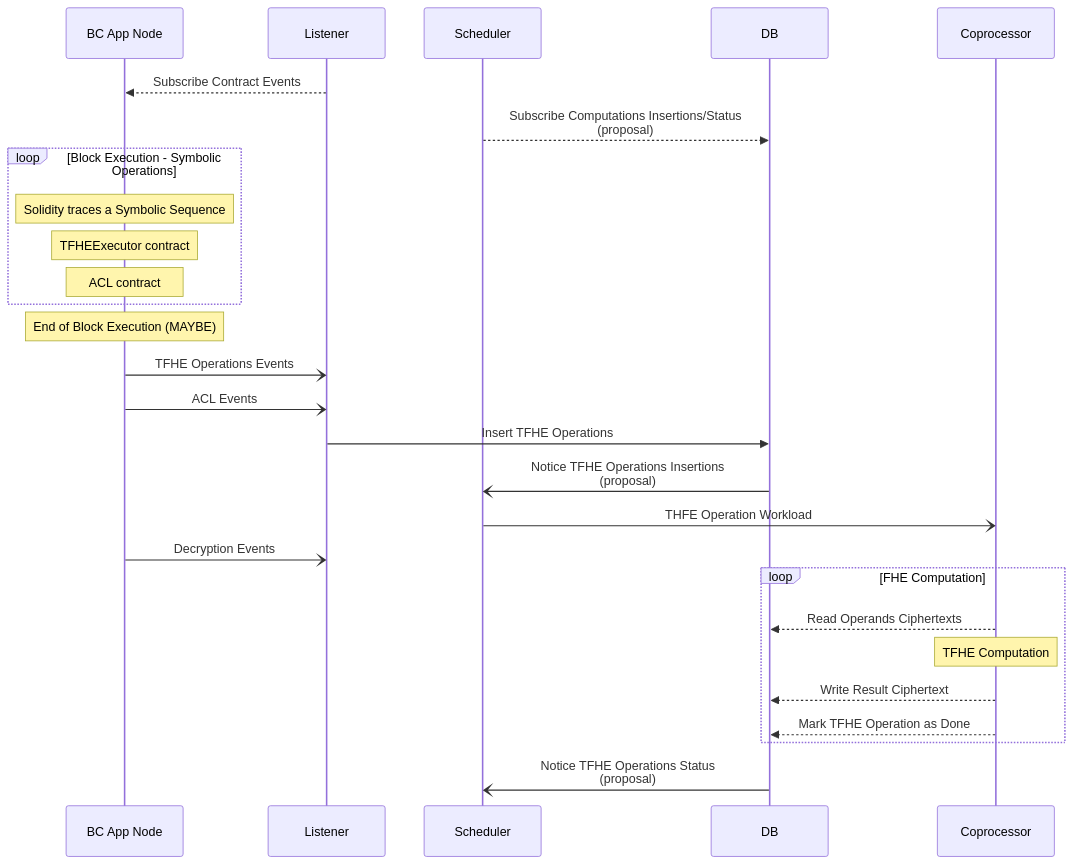
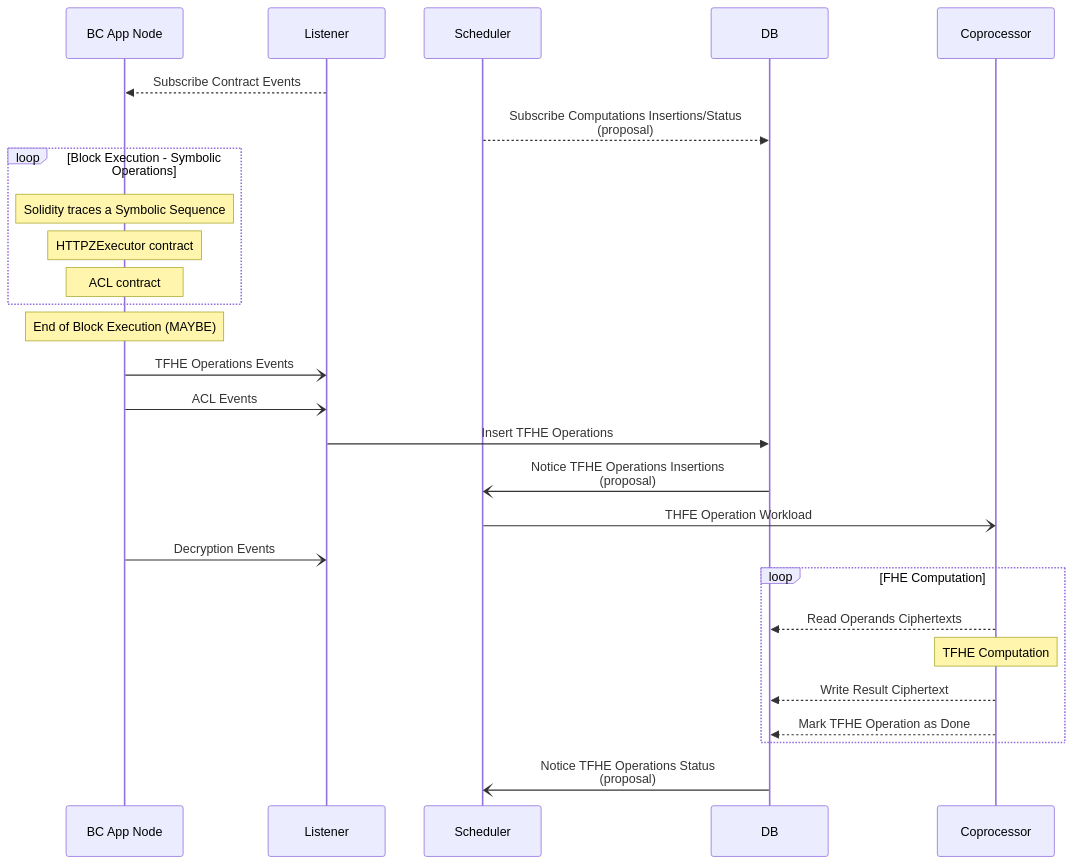
The first of 2 diagrams in fhevm-engine/fhevm-listener/README.md (zama-ai/fhevm), drawn with Mermaid before and after one commit. The commit also changed other lines of this file and 53 other files, not shown here.

First line of the commit message:
feat: rename TFHEExecutor to HTTPZExecutor (#492)

````diff
--- a/fhevm-engine/fhevm-listener/README.md
+++ b/fhevm-engine/fhevm-listener/README.md
@@ -57,35 +65,35 @@
 ```mermaid
 sequenceDiagram
     participant BC App Node
     participant Listener
     participant Scheduler
     participant DB
     participant Coprocessor
 
     Listener-->>BC App Node: Subscribe Contract Events
     Scheduler-->>DB: Subscribe Computations Insertions/Status<br/>(proposal)
 
     loop Block Execution - Symbolic Operations
         Note over BC App Node: Solidity traces a Symbolic Sequence
-        Note over BC App Node: TFHEExecutor contract
+        Note over BC App Node: HTTPZExecutor contract
         Note over BC App Node: ACL contract
     end
 
     Note over BC App Node: End of Block Execution (MAYBE)
 
     BC App Node-)Listener: TFHE Operations Events
     BC App Node-)Listener: ACL Events
 
     Listener->>DB: Insert TFHE Operations
     DB-)Scheduler: Notice TFHE Operations Insertions<br/>(proposal)
     Scheduler-)Coprocessor: THFE Operation Workload
     BC App Node-)Listener: Decryption Events
 
     loop FHE Computation
         Coprocessor -->> DB: Read Operands Ciphertexts
         Note over Coprocessor: TFHE Computation
         Coprocessor -->> DB: Write Result Ciphertext
         Coprocessor-->>DB: Mark TFHE Operation as Done
     end
     DB-)Scheduler: Notice TFHE Operations Status<br/>(proposal)
 ```
````
